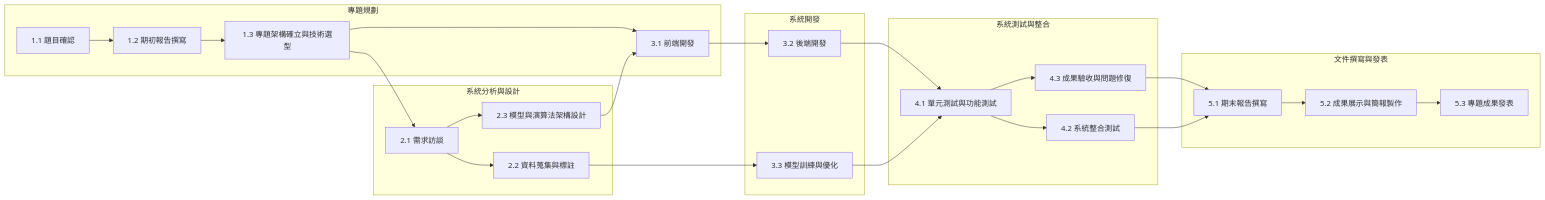
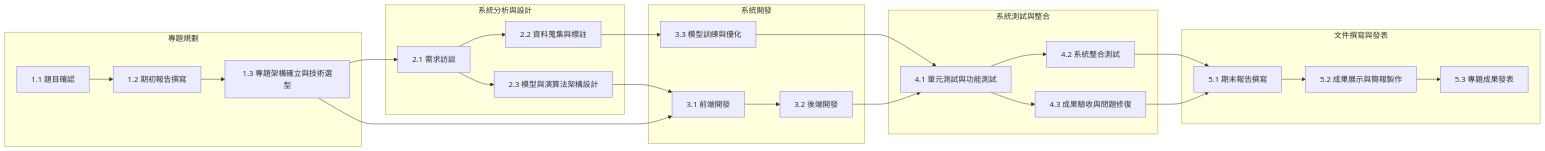
The second of 2 diagrams in README.md (hong-wei-qi/campus-traffic-violation-identification-system), drawn with Mermaid before and after one commit. The commit also changed other lines of this file, not shown here.

````diff
--- a/README.md
+++ b/README.md
@@ -46,31 +46,31 @@
 ```mermaid
 graph LR
 
 subgraph "專題規劃"
     B[1.1 題目確認] --> C[1.2 期初報告撰寫];
     C --> D[1.3 專題架構確立與技術選型];
-    D --> H;
 end
 subgraph "系統分析與設計"
     D --> E[2.1 需求訪談];
     E --> F[2.2 資料蒐集與標註];
     E --> G[2.3 模型與演算法架構設計];
 end
 subgraph "系統開發"
     G --> H[3.1 前端開發];
+    D --> H;
     H --> I[3.2 後端開發];
     F --> J[3.3 模型訓練與優化];
 end
 subgraph "系統測試與整合"
     I --> K[4.1 單元測試與功能測試];
     J --> K;
     K --> L[4.2 系統整合測試];
     K --> M[4.3 成果驗收與問題修復];
 end
 subgraph "文件撰寫與發表"
     M --> N[5.1 期末報告撰寫];
     L --> N;
     N --> O[5.2 成果展示與簡報製作];
     O --> P[5.3 專題成果發表];
 end
 ```
````
